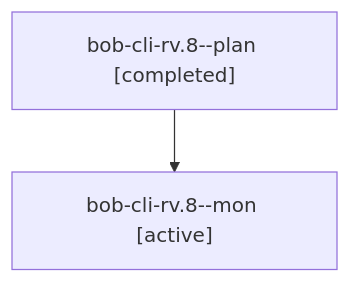
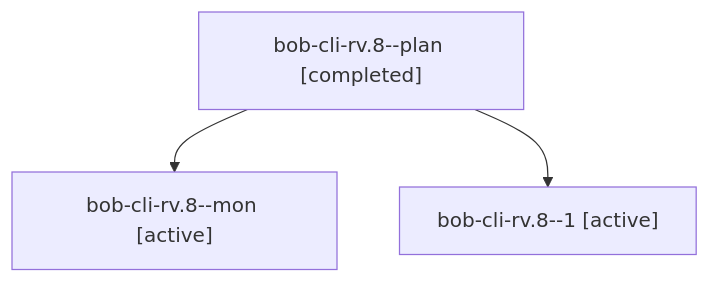
The diagram in sessions/bbugyi200.athena.bob-cli-rv.8.md (bobs-org/bob-cli--agents), drawn with Mermaid before and after one commit. The commit also changed other lines of this file and 45 other files, not shown here.

````diff
--- a/sessions/bbugyi200.athena.bob-cli-rv.8.md
+++ b/sessions/bbugyi200.athena.bob-cli-rv.8.md
@@ -9,6 +9,8 @@
 ```mermaid
 flowchart TD
   n0["bob-cli-rv.8--plan [completed]"]
   n1["bob-cli-rv.8--mon [active]"]
   n0 --> n1
+  n2["bob-cli-rv.8--1 [active]"]
+  n0 --> n2
 ```
````
